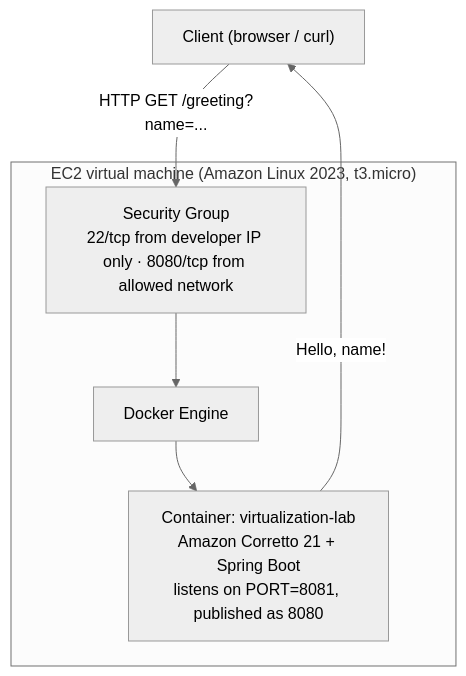
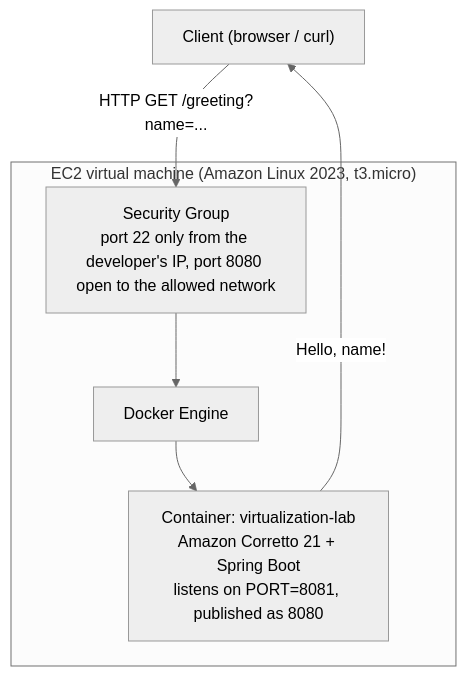
One commit to Valentina-33/virtualization-lab changed the diagram in README.md. Above: the diagram before and after it, drawn with Mermaid (neutral theme). The commit also changed other lines of this file and 4 other files, not shown here.

````diff
--- a/README.md
+++ b/README.md
@@ -178,12 +178,12 @@
 ```mermaid
 flowchart TD
     Client["Client (browser / curl)"] -->|"HTTP GET /greeting?name=..."| SG
 
     subgraph VM["EC2 virtual machine (Amazon Linux 2023, t3.micro)"]
-        SG["Security Group<br/>22/tcp from developer IP only · 8080/tcp from allowed network"]
+        SG["Security Group<br/>port 22 only from the developer's IP, port 8080 open to the allowed network"]
         SG --> DE["Docker Engine"]
         DE --> C["Container: virtualization-lab<br/>Amazon Corretto 21 + Spring Boot<br/>listens on PORT=8081, published as 8080"]
     end
 
     C -->|"Hello, name!"| Client
 ```
````
